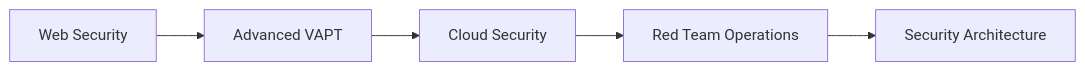
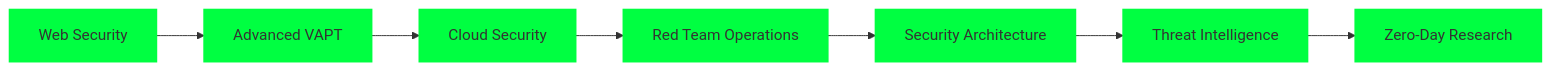
One commit to patelhettt/patelhettt changed the diagram in README.md. Above: the diagram before and after it, drawn with Mermaid. The commit also changed other lines of this file and 4 other files, not shown here.

````diff
--- a/README.md
+++ b/README.md
@@ -89,7 +131,17 @@
 ```mermaid
 graph LR
     A[Web Security] --> B[Advanced VAPT]
     B --> C[Cloud Security]
     C --> D[Red Team Operations]
     D --> E[Security Architecture]
+    E --> F[Threat Intelligence]
+    F --> G[Zero-Day Research]
+    
+    style A fill:#00FF41,stroke:#00FF41,stroke-width:2px
+    style B fill:#00FF41,stroke:#00FF41,stroke-width:2px
+    style C fill:#00FF41,stroke:#00FF41,stroke-width:2px
+    style D fill:#00FF41,stroke:#00FF41,stroke-width:2px
+    style E fill:#00FF41,stroke:#00FF41,stroke-width:2px
+    style F fill:#00FF41,stroke:#00FF41,stroke-width:2px
+    style G fill:#00FF41,stroke:#00FF41,stroke-width:2px
 ```
````
